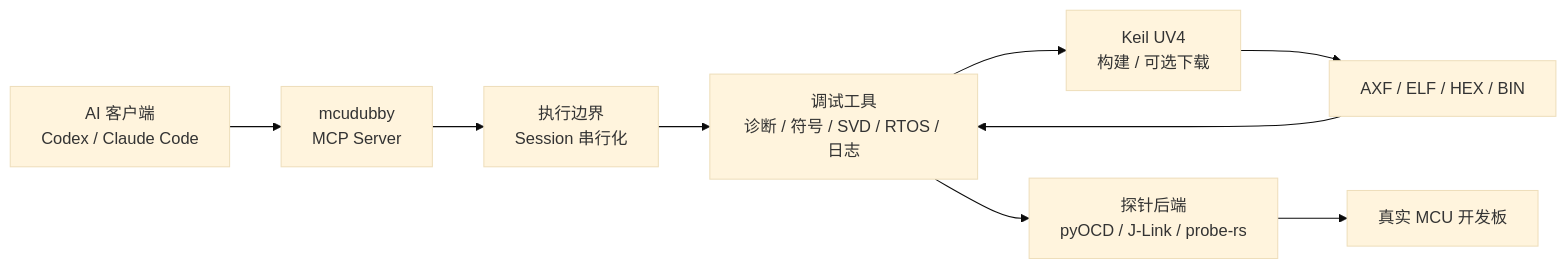
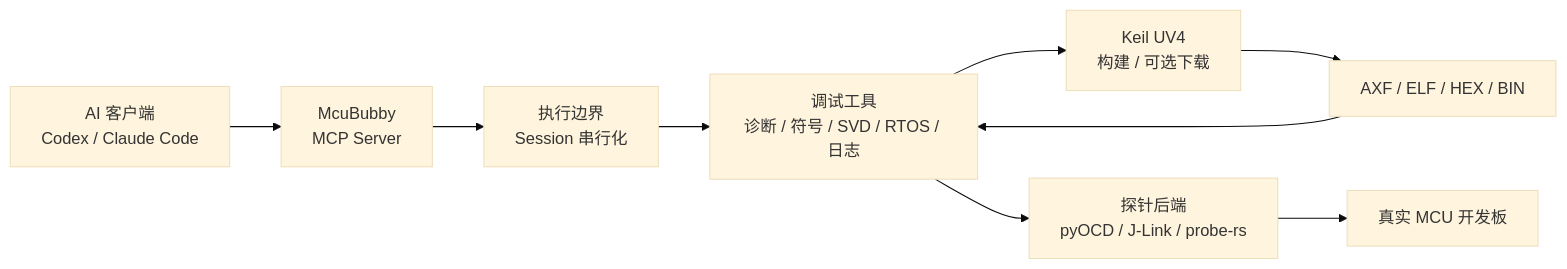
The diagram in README.md (cunjun/mcudubby), drawn with Mermaid (base theme) before and after one commit. The commit also changed other lines of this file and 83 other files, not shown here.

````diff
--- a/README.md
+++ b/README.md
@@ -44,11 +44,11 @@
 ```mermaid
 flowchart LR
-    AI["AI 客户端<br/>Codex / Claude Code"] --> MCP["mcudubby<br/>MCP Server"]
+    AI["AI 客户端<br/>Codex / Claude Code"] --> MCP["McuBubby<br/>MCP Server"]
     MCP --> EB["执行边界<br/>Session 串行化"]
     EB --> TOOLS["调试工具<br/>诊断 / 符号 / SVD / RTOS / 日志"]
     TOOLS --> KEIL["Keil UV4<br/>构建 / 可选下载"]
     TOOLS --> PROBE["探针后端<br/>pyOCD / J-Link / probe-rs"]
     KEIL --> IMAGE["AXF / ELF / HEX / BIN"]
     IMAGE --> TOOLS
     PROBE --> BOARD["真实 MCU 开发板"]
 ```
````
